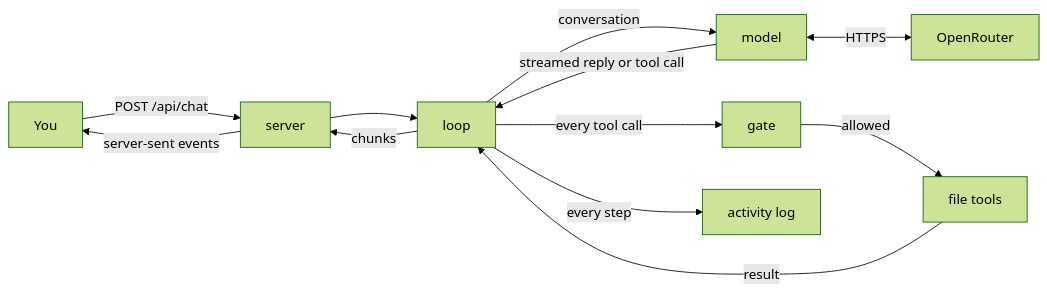
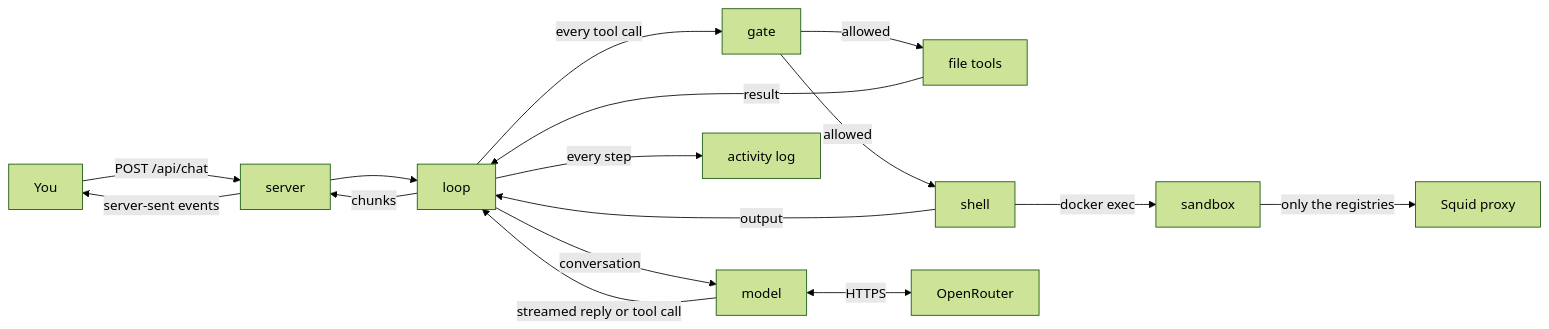
Before and after one commit to umanggarg28/homunculus: the diagram in README.md, drawn with Mermaid (forest theme). The commit also changed other lines of this file and 15 other files, not shown here.

First line of the commit message:
Run the agent's commands in a locked-down Docker sandbox

````diff
--- a/README.md
+++ b/README.md
@@ -9,14 +9,18 @@
 ```mermaid
 flowchart LR
   You -->|POST /api/chat| server
   server --> loop
   loop -->|conversation| model
   model -->|streamed reply or tool call| loop
   loop -->|every tool call| gate
   gate -->|allowed| tools["file tools"]
+  gate -->|allowed| shell
+  shell -->|docker exec| sandbox
+  sandbox -->|only the registries| proxy["Squid proxy"]
   tools -->|result| loop
+  shell -->|output| loop
   loop -->|every step| activity["activity log"]
   loop -->|chunks| server
   server -->|server-sent events| You
   model <-->|HTTPS| OpenRouter
 ```
````
